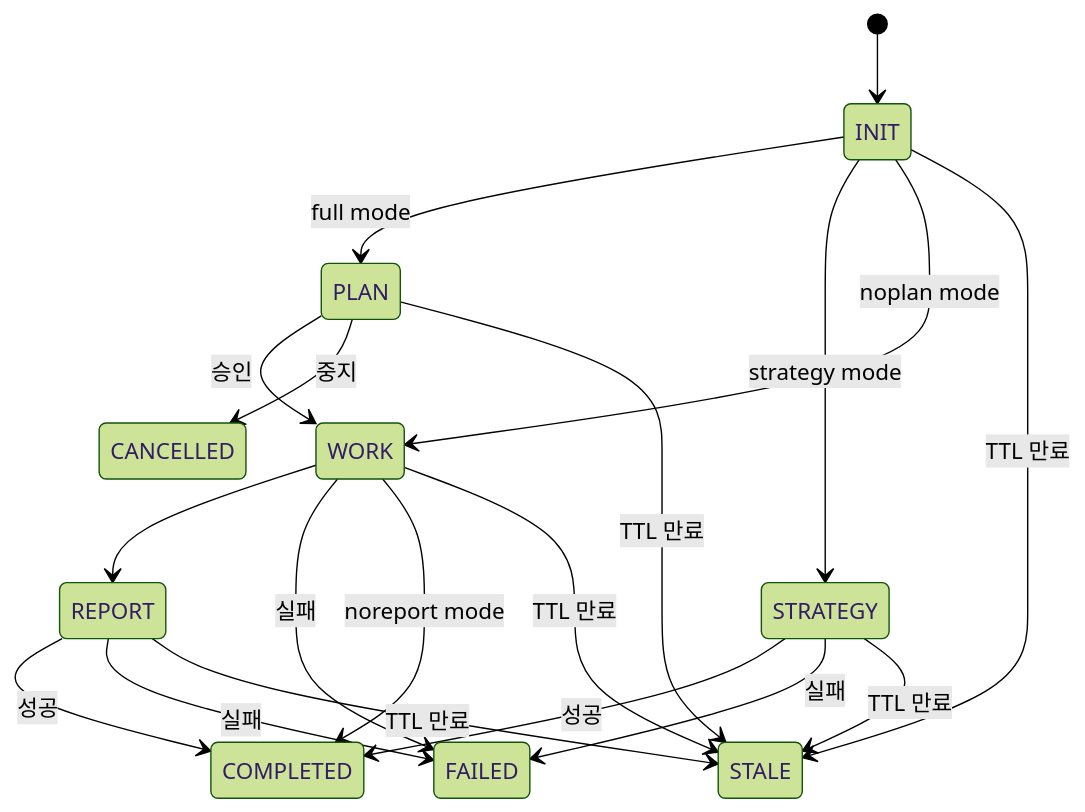
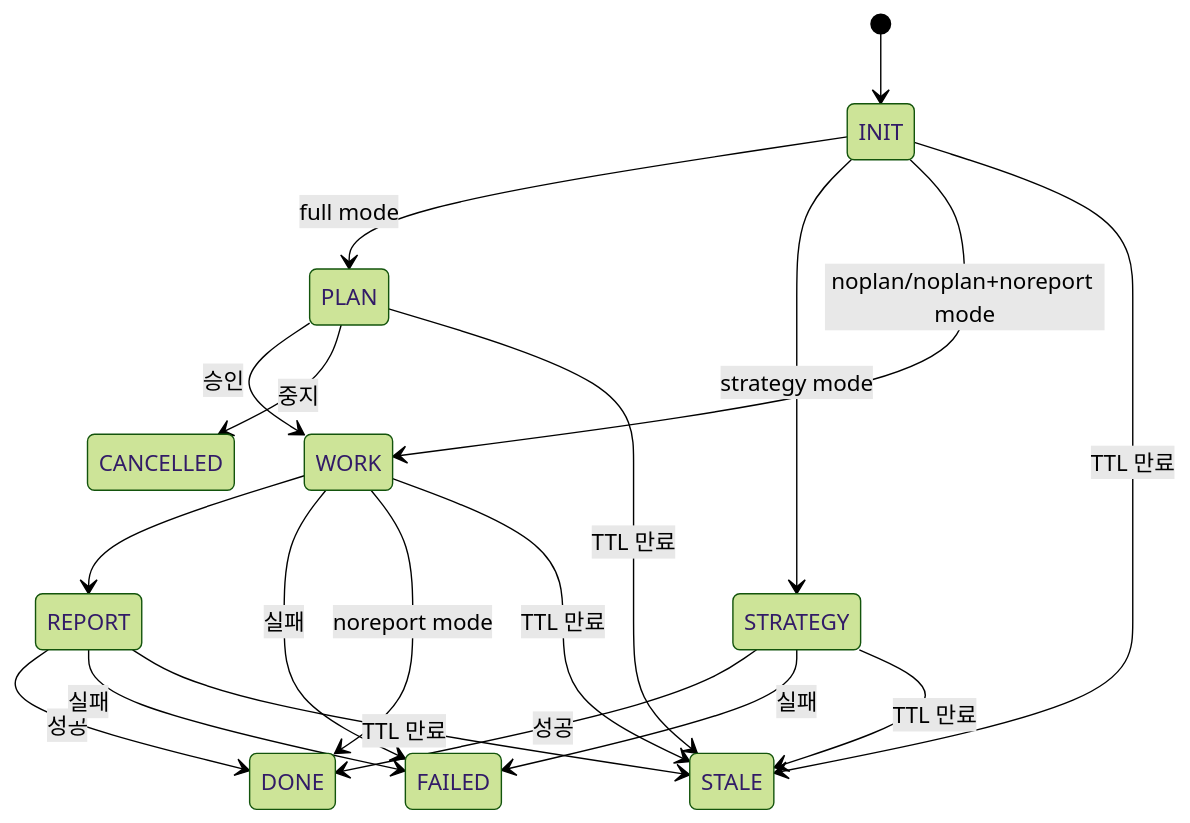
One commit to KoreanLeeChangHyun/claude-workflow changed the diagram in .claude/skills/workflow-agent-orchestration/SKILL.md. Above: the diagram before and after it, drawn with Mermaid (forest theme). The commit also changed other lines of this file and 47 other files, not shown here.

````diff
--- a/.claude/skills/workflow-agent-orchestration/SKILL.md
+++ b/.claude/skills/workflow-agent-orchestration/SKILL.md
@@ -14,21 +14,21 @@
 ```mermaid
 stateDiagram-v2
     [*] --> INIT
     INIT --> PLAN: full mode
     INIT --> STRATEGY: strategy mode
-    INIT --> WORK: noplan mode
+    INIT --> WORK: noplan/noplan+noreport mode
     PLAN --> WORK: 승인
     PLAN --> CANCELLED: 중지
     WORK --> REPORT
     WORK --> FAILED: 실패
-    WORK --> COMPLETED: noreport mode
-    REPORT --> COMPLETED: 성공
+    WORK --> DONE: noreport mode
+    REPORT --> DONE: 성공
     REPORT --> FAILED: 실패
-    STRATEGY --> COMPLETED: 성공
+    STRATEGY --> DONE: 성공
     STRATEGY --> FAILED: 실패
     STRATEGY --> STALE: TTL 만료
     INIT --> STALE: TTL 만료
     PLAN --> STALE: TTL 만료
     WORK --> STALE: TTL 만료
     REPORT --> STALE: TTL 만료
 ```
````
